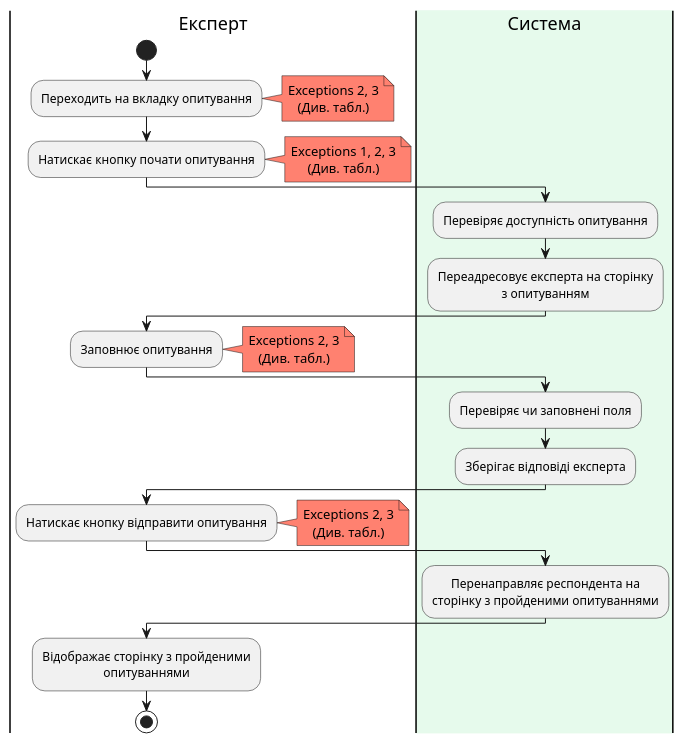
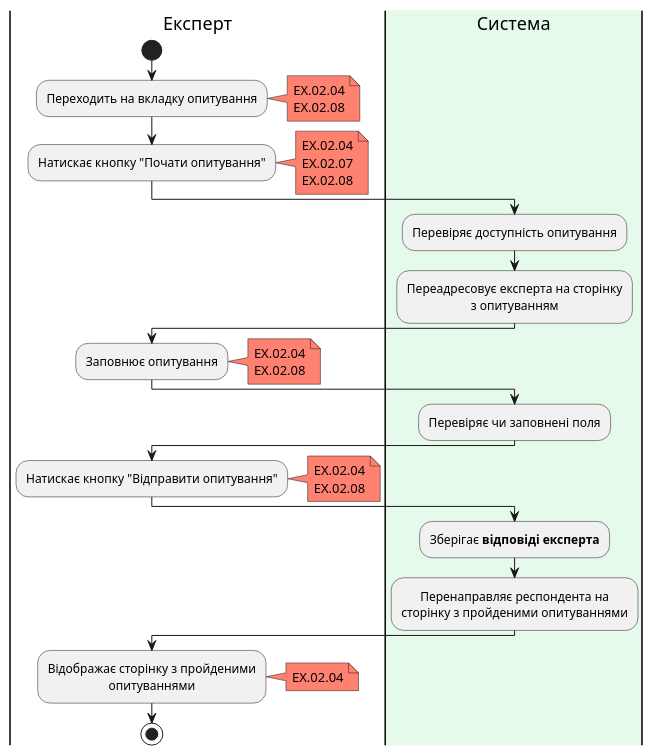
Diagram 14 of 16 in docs/use_cases.md (generalmaks/db_labs), drawn with PlantUML before and after one commit. The commit also changed other lines of this file, not shown here.

Commit message:
Update activity diagram of TakeSurvey

````diff
--- a/docs/use_cases.md
+++ b/docs/use_cases.md
@@ -686,51 +686,55 @@
 ```plantuml
 @startuml 
 skinparam defaultTextAlignment center
 |Експерт|
 start
 
 :Переходить на вкладку опитування;
 note right #ff8170
-Exceptions 2, 3
-(Див. табл.)
+EX.02.04
+EX.02.08
 end note
-:Натискає кнопку почати опитування;
+:Натискає кнопку "Почати опитування";
 note right #ff8170
-Exceptions 1, 2, 3
-(Див. табл.)
+EX.02.04
+EX.02.07
+EX.02.08
 end note
 
 |#e6faec|Система|
 :Перевіряє доступність опитування;
 :Переадресовує експерта на сторінку
 з опитуванням;
 
 |Експерт|
 :Заповнює опитування;
 note right #ff8170
-Exceptions 2, 3
-(Див. табл.)
+EX.02.04
+EX.02.08
 end note
 
 |#e6faec|Система|
 :Перевіряє чи заповнені поля;
-:Зберігає відповіді експерта;
 
 |Експерт|
-:Натискає кнопку відправити опитування;
+:Натискає кнопку "Відправити опитування";
 note right #ff8170
-Exceptions 2, 3
-(Див. табл.)
+EX.02.04
+EX.02.08
 end note
 
 |#e6faec|Система|
+:Зберігає **відповіді експерта**;
 :Перенаправляє респондента на
 сторінку з пройденими опитуваннями;
 
 |Експерт|
 :Відображає сторінку з пройденими 
 опитуваннями;
+note right #ff8170
+EX.02.04
+end note
 
 stop
 @enduml
 ```
````
